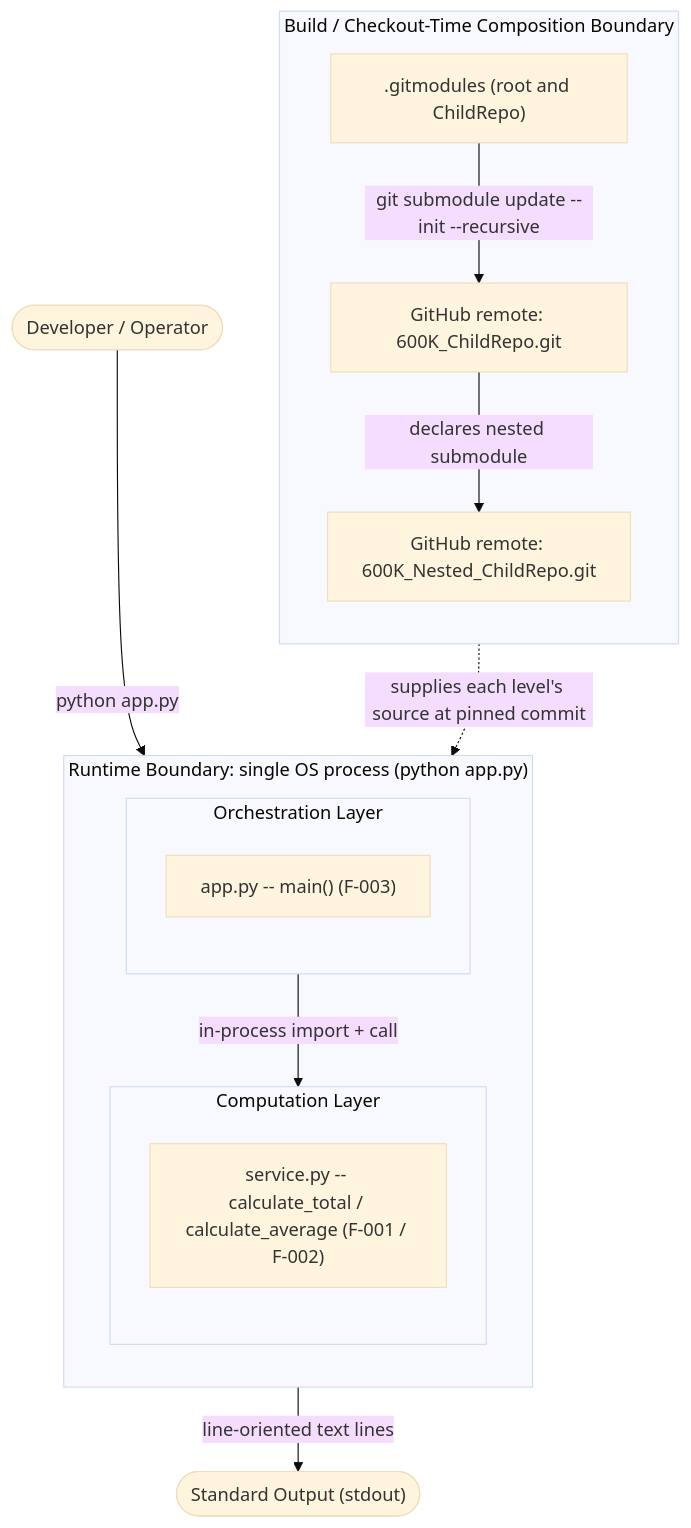
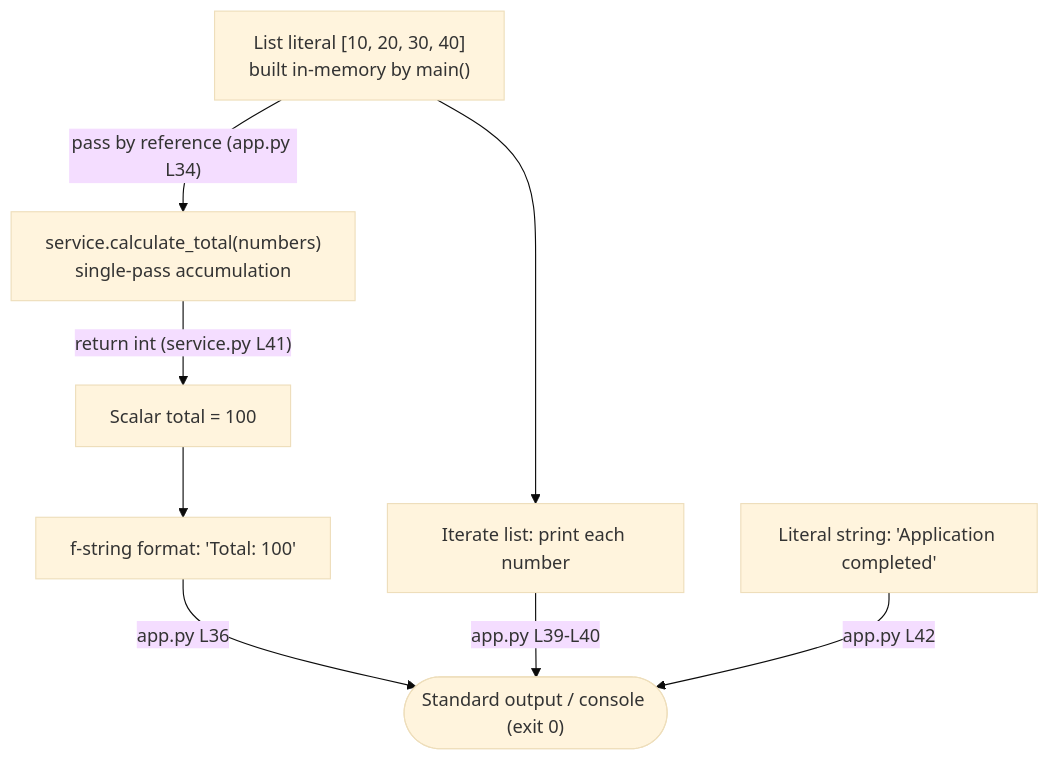
Before and after one commit to lakshya-blitzy/600K_ParentRepo: diagram 14 of 43 in blitzy/documentation/Technical Specifications.md, drawn with Mermaid (base theme). The commit also changed other lines of this file, not shown here.

````diff
--- a/blitzy/documentation/Technical Specifications.md
+++ b/blitzy/documentation/Technical Specifications.md
@@ -1274,28 +1301,18 @@
 ```mermaid
-flowchart TB
-    Operator(["Developer / Operator"])
-    subgraph BuildTime["Build / Checkout-Time Composition Boundary"]
-        direction TB
-        Gitmods[".gitmodules (root and ChildRepo)"]
-        GH1["GitHub remote: 600K_ChildRepo.git"]
-        GH2["GitHub remote: 600K_Nested_ChildRepo.git"]
-        Gitmods -->|"git submodule update --init --recursive"| GH1
-        GH1 -->|"declares nested submodule"| GH2
-    end
-    subgraph Process["Runtime Boundary: single OS process (python app.py)"]
-        direction TB
-        subgraph Orchestration["Orchestration Layer"]
-            direction TB
-            Main["app.py -- main() (F-003)"]
-        end
-        subgraph Computation["Computation Layer"]
-            direction TB
-            Svc["service.py -- calculate_total / calculate_average (F-001 / F-002)"]
-        end
-        Main -->|"in-process import + call"| Svc
-    end
-    Stdout(["Standard Output (stdout)"])
-    Operator -->|"python app.py"| Main
-    Main -->|"line-oriented text lines"| Stdout
-    GH1 -.->|"supplies each level's source at pinned commit"| Main
+flowchart TD
+    Lit["List literal [10, 20, 30, 40]<br/>built in-memory by main()"]
+    Calc["service.calculate_total(numbers)<br/>single-pass accumulation"]
+    Total["Scalar total = 100"]
+    FmtT["f-string format: 'Total: 100'"]
+    Loop["Iterate list: print each number"]
+    Done["Literal string: 'Application completed'"]
+    Stdout(["Standard output / console (exit 0)"])
+
+    Lit -->|"pass by reference (app.py L34)"| Calc
+    Calc -->|"return int (service.py L41)"| Total
+    Total --> FmtT
+    FmtT -->|"app.py L36"| Stdout
+    Lit --> Loop
+    Loop -->|"app.py L39-L40"| Stdout
+    Done -->|"app.py L42"| Stdout
 ```
````
